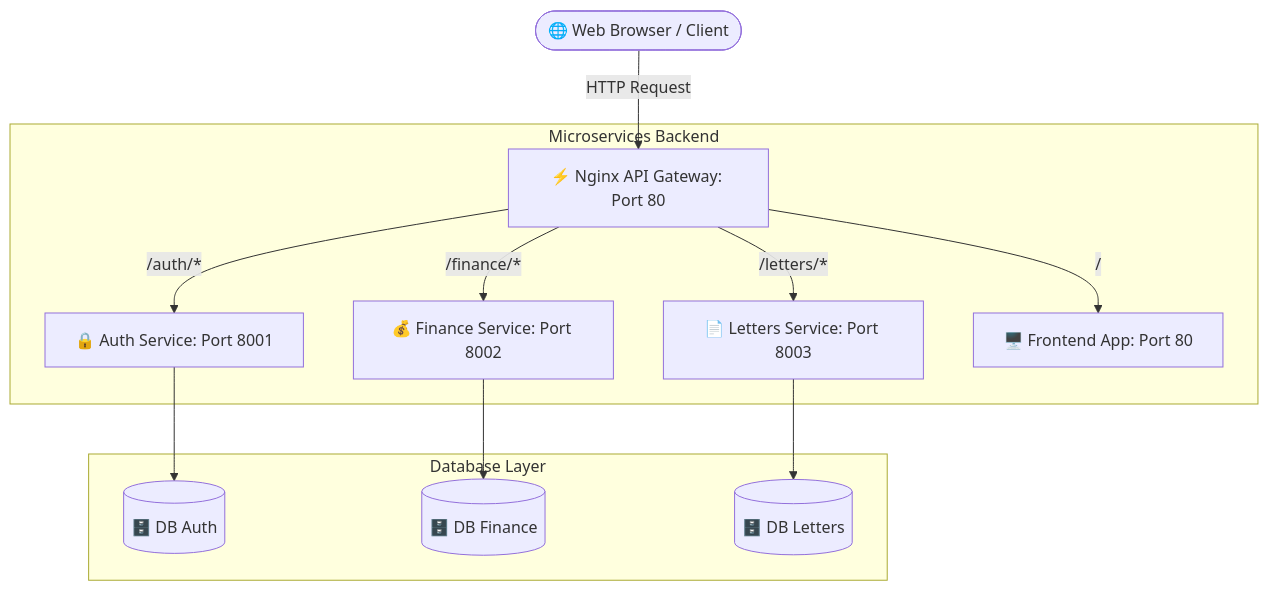
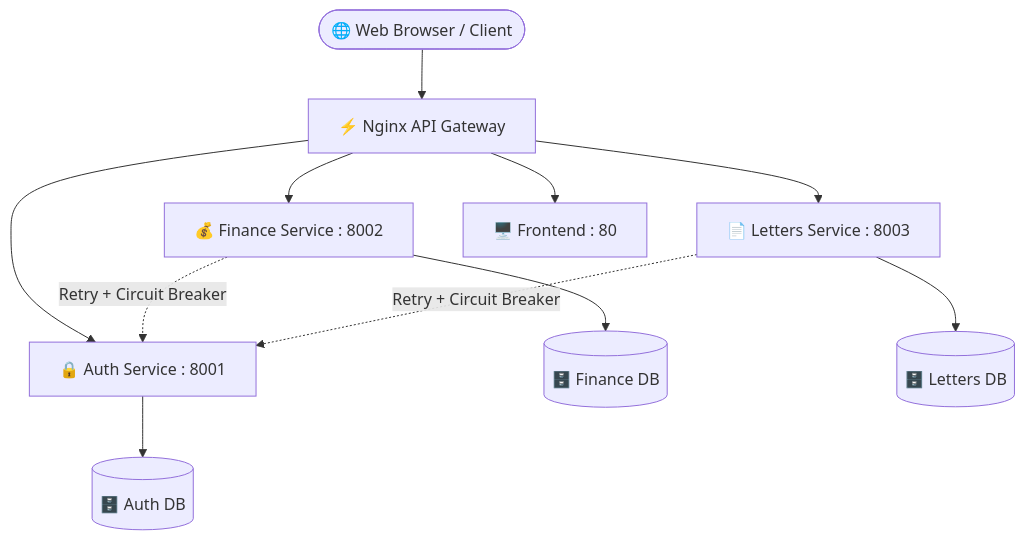
One commit to aidilsaputrakirsan-classroom/cc-kelompok-hexagroup changed the diagram in docs/architecture.md. Above: the diagram before and after it, drawn with Mermaid.

Commit message:
docs: update architecture with reliability design

````diff
--- a/docs/architecture.md
+++ b/docs/architecture.md
@@ -10,17 +10,16 @@
 ```mermaid
 graph TD
-    User([🌐 Web Browser / Client]) -->|HTTP Request| Gateway[⚡ Nginx API Gateway: Port 80]
-    
-    subgraph Microservices Backend
-        Gateway -->|/auth/*| AuthService[🔒 Auth Service: Port 8001]
-        Gateway -->|/finance/*| FinanceService[💰 Finance Service: Port 8002]
-        Gateway -->|/letters/*| LettersService[📄 Letters Service: Port 8003]
-        Gateway -->|/| FrontendService[🖥️ Frontend App: Port 80]
-    end
+    User([🌐 Web Browser / Client]) --> Gateway[⚡ Nginx API Gateway]
 
-    subgraph Database Layer
-        AuthService --> DB_Auth[(🗄️ DB Auth)]
-        FinanceService --> DB_Finance[(🗄️ DB Finance)]
-        LettersService --> DB_Letters[(🗄️ DB Letters)]
-    end
+    Gateway --> Auth[🔒 Auth Service : 8001]
+    Gateway --> Finance[💰 Finance Service : 8002]
+    Gateway --> Letters[📄 Letters Service : 8003]
+    Gateway --> Frontend[🖥️ Frontend : 80]
+
+    Finance -. Retry + Circuit Breaker .-> Auth
+    Letters -. Retry + Circuit Breaker .-> Auth
+
+    Auth --> DBAuth[(🗄️ Auth DB)]
+    Finance --> DBFinance[(🗄️ Finance DB)]
+    Letters --> DBLetters[(🗄️ Letters DB)]
 ```
````
